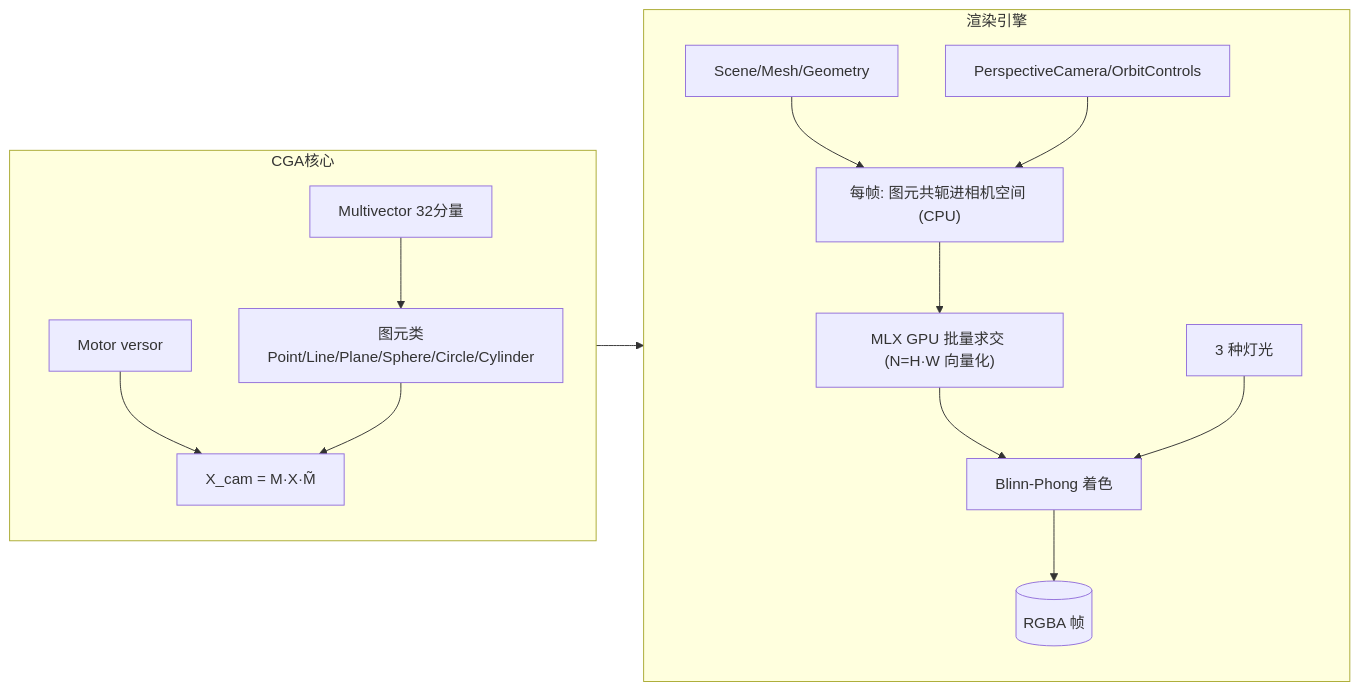
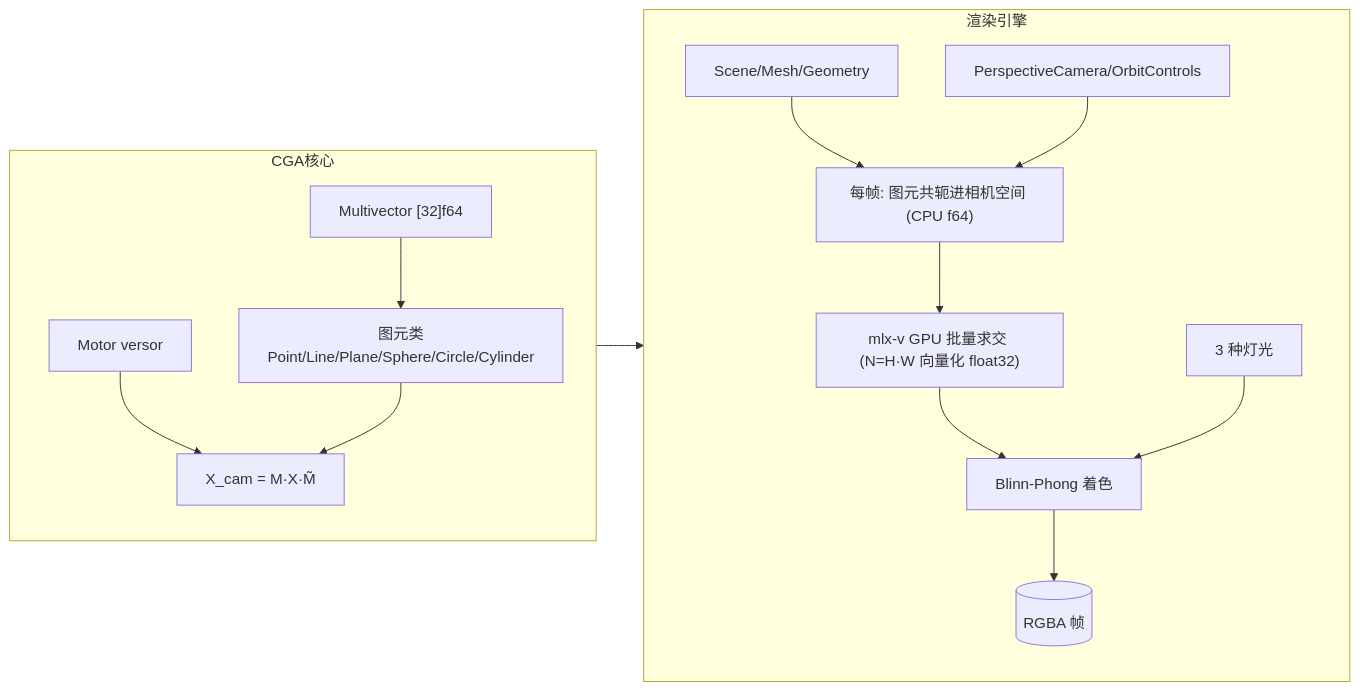
One commit to aki-xavier/cga changed the first of 2 diagrams in README.md. Above: the diagram before and after it, drawn with Mermaid. The commit also changed other lines of this file and 6 other files, not shown here.

````diff
--- a/README.md
+++ b/README.md
@@ -170,17 +174,17 @@
 ```mermaid
 flowchart LR
     subgraph CGA核心
-        MV[Multivector 32分量] --> PRIM[图元类<br/>Point/Line/Plane/Sphere/Circle/Cylinder]
+        MV["Multivector [32]f64"] --> PRIM[图元类<br/>Point/Line/Plane/Sphere/Circle/Cylinder]
         MOT[Motor versor] --> TRANS["X_cam = M·X·M̃"]
         PRIM --> TRANS
     end
     subgraph 渲染引擎
-        SC[Scene/Mesh/Geometry] --> WMC["每帧: 图元共轭进相机空间 (CPU)"]
-        WMC --> HIT["MLX GPU 批量求交 (N=H·W 向量化)"]
+        SC[Scene/Mesh/Geometry] --> WMC["每帧: 图元共轭进相机空间 (CPU f64)"]
+        WMC --> HIT["mlx-v GPU 批量求交 (N=H·W 向量化 float32)"]
         HIT --> SH[Blinn-Phong 着色]
         SH --> PIX[(RGBA 帧)]
         CAM[PerspectiveCamera/OrbitControls] --> WMC
         LGT[3 种灯光] --> SH
     end
     CGA核心 --> 渲染引擎
 ```
````
